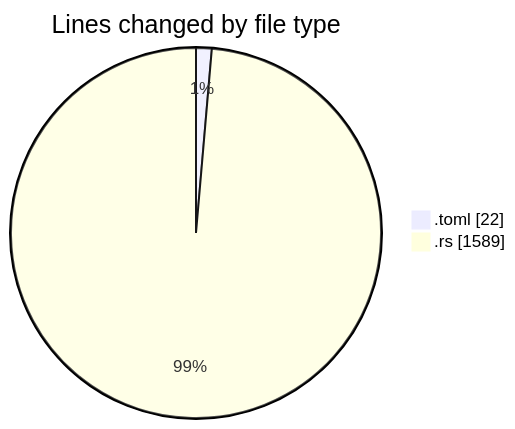
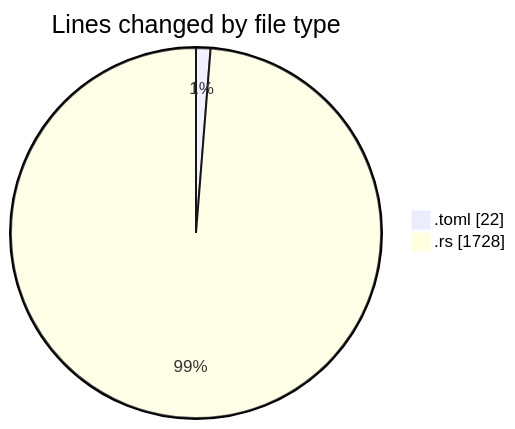
The first of 2 diagrams in 2025-01-02/3drust/README.md (ernivani/code-tracking), drawn with Mermaid before and after one commit. The commit also changed other lines of this file and 2 other files, not shown here.

````diff
--- a/2025-01-02/3drust/README.md
+++ b/2025-01-02/3drust/README.md
@@ -23,6 +23,6 @@
 ```mermaid
 pie showData
 title Lines changed by file type
 ".toml" : 22
-".rs" : 1589
+".rs" : 1728
 ```
````
